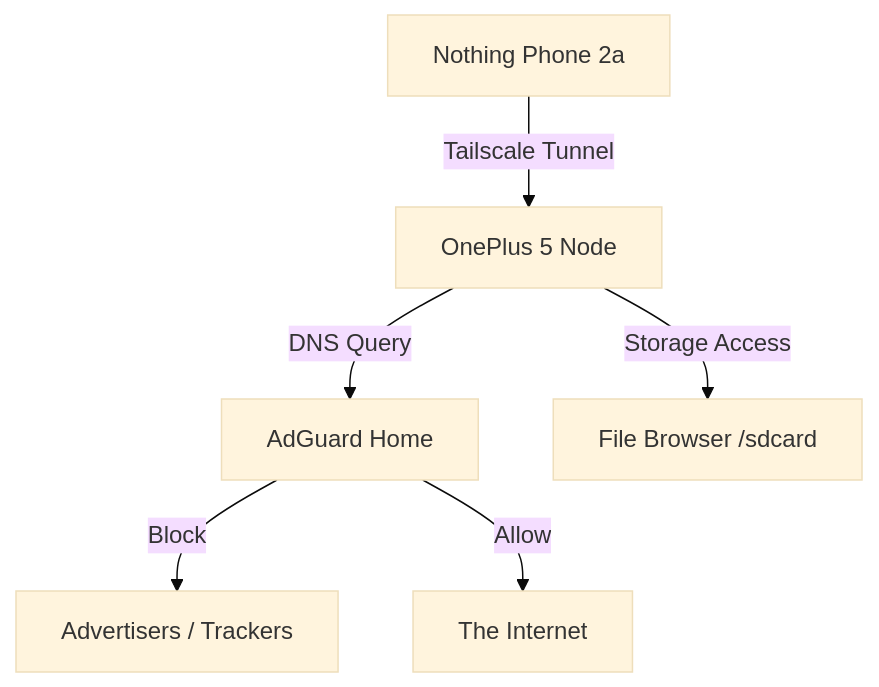
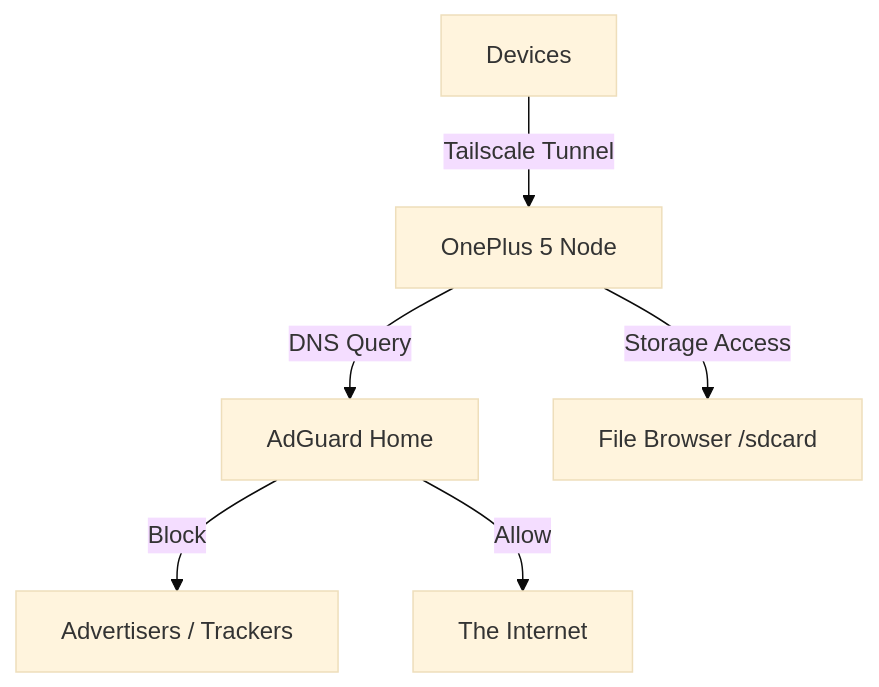
One commit to wasif-exe/android-homelab-node changed the diagram in README.md. Above: the diagram before and after it, drawn with Mermaid (base theme).

````diff
--- a/README.md
+++ b/README.md
@@ -58,8 +58,8 @@
 ```mermaid
 graph TD;
-    Client[Nothing Phone 2a] -->|Tailscale Tunnel| Server[OnePlus 5 Node];
+    Client[Devices] -->|Tailscale Tunnel| Server[OnePlus 5 Node];
     Server -->|DNS Query| AdGuard[AdGuard Home];
     AdGuard -->|Block| Ads[Advertisers / Trackers];
     AdGuard -->|Allow| Internet[The Internet];
     Server -->|Storage Access| Cloud[File Browser /sdcard];
 ```
````
